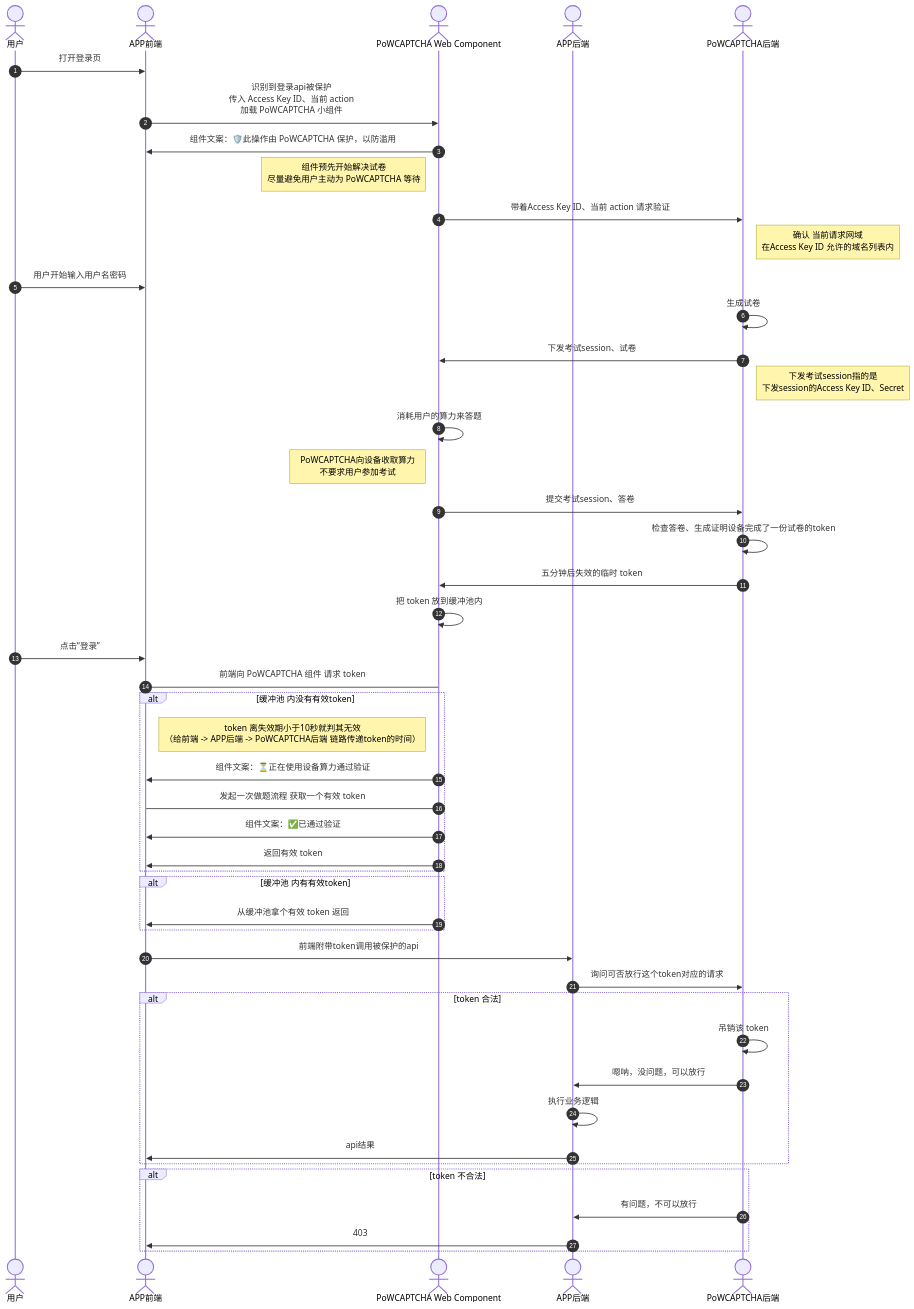
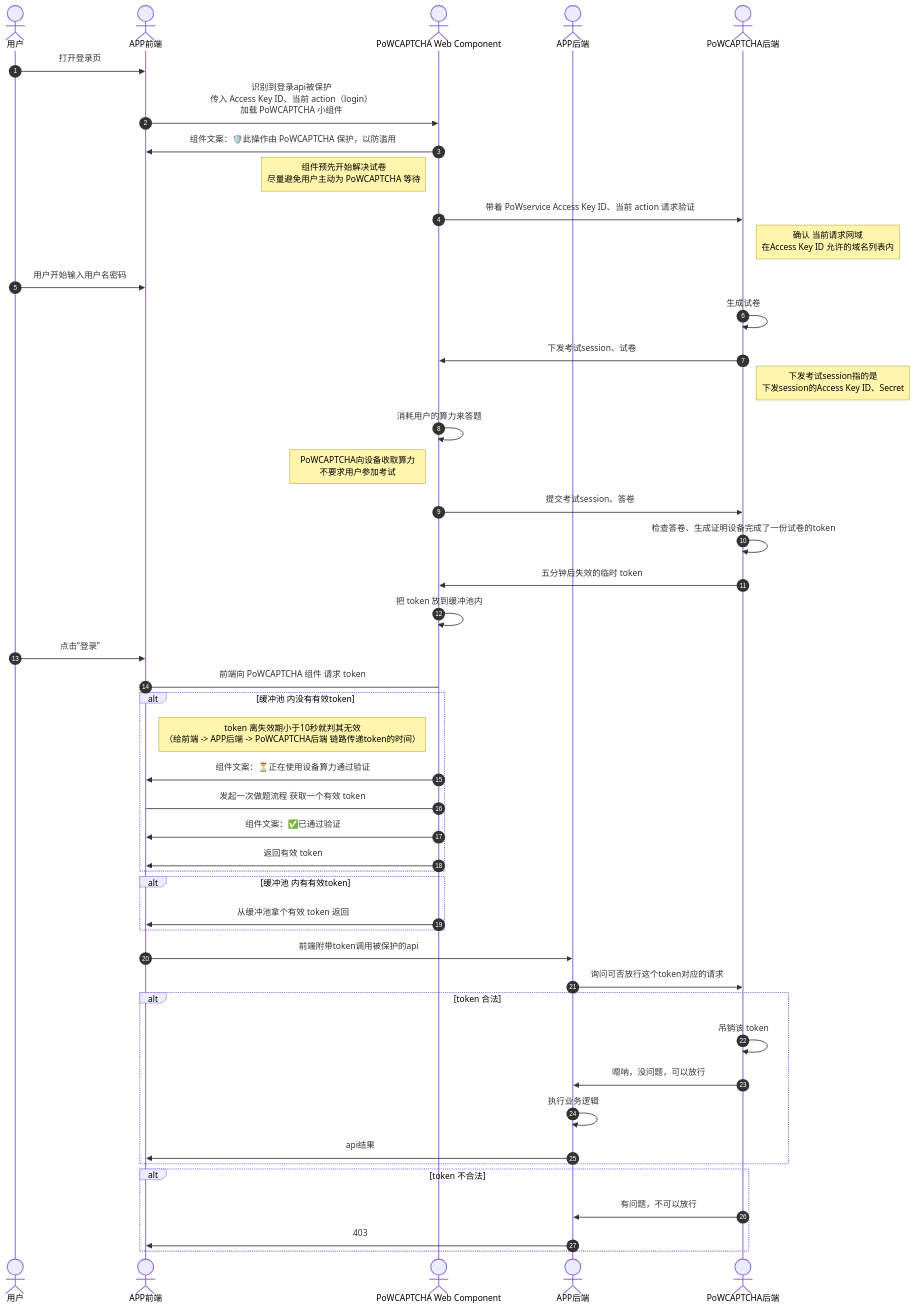
The diagram in PoWCAPTCHA/README.md (FairyLightsStudio/FLS-Monorepo), drawn with Mermaid before and after one commit. The commit also changed other lines of this file and 20 other files, not shown here.

````diff
--- a/PoWCAPTCHA/README.md
+++ b/PoWCAPTCHA/README.md
@@ -24,50 +24,50 @@
 ```mermaid
 sequenceDiagram
   actor user as 用户
   actor fe as APP前端
   actor fe_pow as PoWCAPTCHA Web Component
   actor be as APP后端
   actor PoWCAPTCHA as PoWCAPTCHA后端
 
   autonumber
   user ->> fe: 打开登录页
-  fe ->> fe_pow: 识别到登录api被保护<br>传入 Access Key ID、当前 action<br>加载 PoWCAPTCHA 小组件
+  fe ->> fe_pow: 识别到登录api被保护<br>传入 Access Key ID、当前 action（login）<br>加载 PoWCAPTCHA 小组件
   fe_pow ->> fe: 组件文案：🛡️此操作由 PoWCAPTCHA 保护，以防滥用
   Note left of fe_pow: 组件预先开始解决试卷<br>尽量避免用户主动为 PoWCAPTCHA 等待
-  fe_pow ->> PoWCAPTCHA: 带着Access Key ID、当前 action 请求验证
+  fe_pow ->> PoWCAPTCHA: 带着 PoWservice Access Key ID、当前 action 请求验证
   Note right of PoWCAPTCHA: 确认 当前请求网域<br/>在Access Key ID 允许的域名列表内
   user ->> fe: 用户开始输入用户名密码
   PoWCAPTCHA ->> PoWCAPTCHA: 生成试卷
   PoWCAPTCHA ->> fe_pow: 下发考试session、试卷
   Note right of PoWCAPTCHA: 下发考试session指的是<br/>下发session的Access Key ID、Secret
   fe_pow ->> fe_pow: 消耗用户的算力来答题
   Note left of fe_pow: PoWCAPTCHA向设备收取算力<br/>不要求用户参加考试
   fe_pow ->> PoWCAPTCHA: 提交考试session、答卷
   PoWCAPTCHA ->> PoWCAPTCHA: 检查答卷、生成证明设备完成了一份试卷的token
   PoWCAPTCHA ->> fe_pow: 五分钟后失效的临时 token
   fe_pow ->> fe_pow: 把 token 放到缓冲池内
   user ->> fe: 点击“登录”
   fe -> fe_pow: 前端向 PoWCAPTCHA 组件 请求 token
   alt 缓冲池 内没有有效token
     Note left of fe_pow: token 离失效期小于10秒就判其无效<br/>（给前端 -> APP后端 -> PoWCAPTCHA后端 链路传递token的时间）
     fe_pow ->> fe: 组件文案：⏳正在使用设备算力通过验证
     fe_pow -> fe: 发起一次做题流程 获取一个有效 token
     fe_pow ->> fe: 组件文案：✅已通过验证
     fe_pow ->> fe: 返回有效 token
   end
   alt 缓冲池 内有有效token
     fe_pow ->> fe: 从缓冲池拿个有效 token 返回
   end
   fe ->> be: 前端附带token调用被保护的api
   be ->> PoWCAPTCHA: 询问可否放行这个token对应的请求
   alt token 合法
     PoWCAPTCHA ->> PoWCAPTCHA: 吊销该 token
     PoWCAPTCHA ->> be: 嗯呐，没问题，可以放行
     be ->> be: 执行业务逻辑
     be ->> fe: api结果
   end
   alt token 不合法
     PoWCAPTCHA ->> be: 有问题，不可以放行
     be ->> fe: 403
   end
 ```
````
